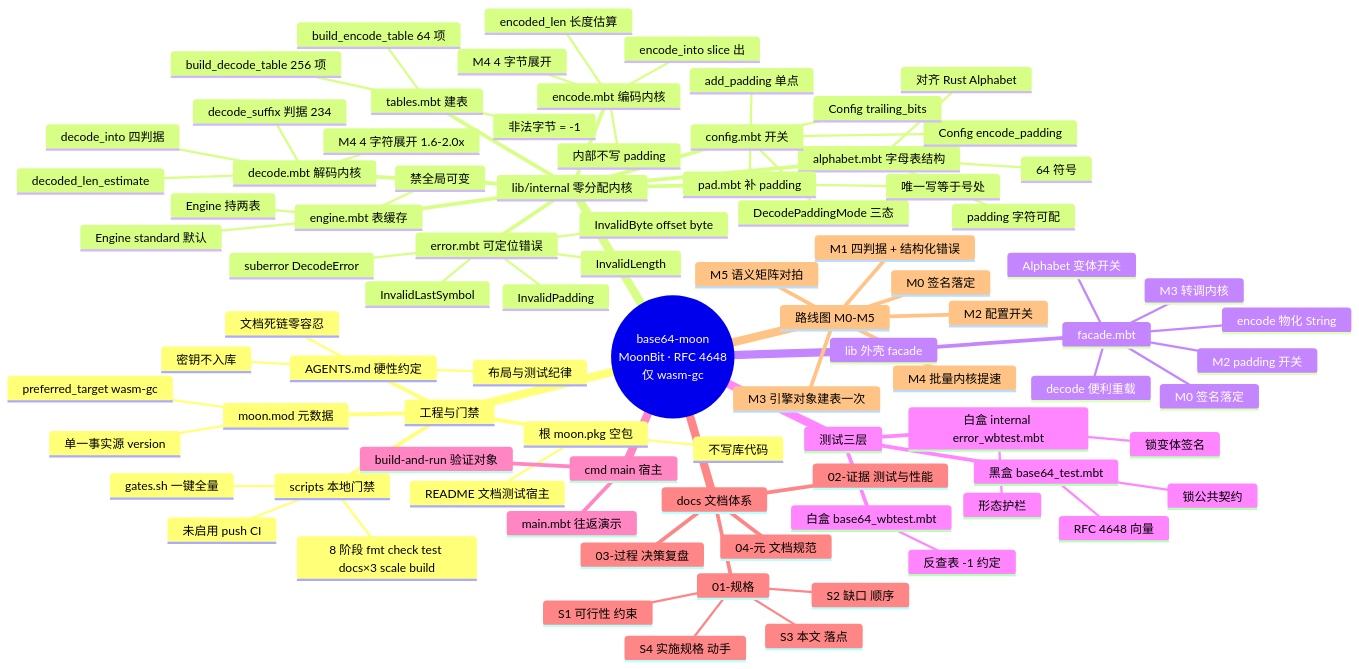
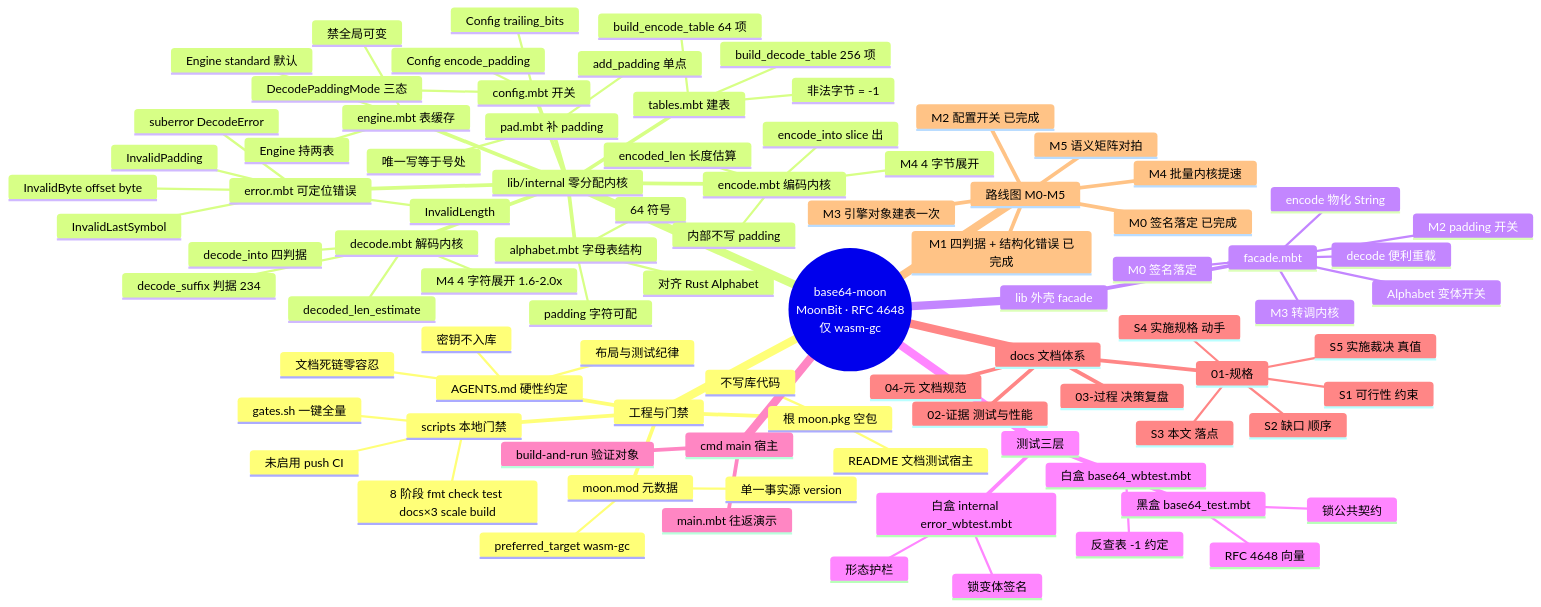
Before and after one commit to TryAndRun-TvT/base64-moon: the diagram in docs/01-规格/S3-架构分层与子包职责.md, drawn with Mermaid. The commit also changed other lines of this file and 20 other files, not shown here.

```diff
--- a/docs/01-规格/S3-架构分层与子包职责.md
+++ b/docs/01-规格/S3-架构分层与子包职责.md
@@ -217,13 +229,14 @@
         S2 缺口 顺序
         S3 本文 落点
         S4 实施规格 动手
+        S5 实施裁决 真值
       02-证据 测试与性能
       03-过程 决策复盘
       04-元 文档规范
     路线图 M0-M5
-      M0 签名落定
-      M1 四判据 + 结构化错误
-      M2 配置开关
+      M0 签名落定 已完成
+      M1 四判据 + 结构化错误 已完成
+      M2 配置开关 已完成
       M3 引擎对象建表一次
       M4 批量内核提速
       M5 语义矩阵对拍
```
